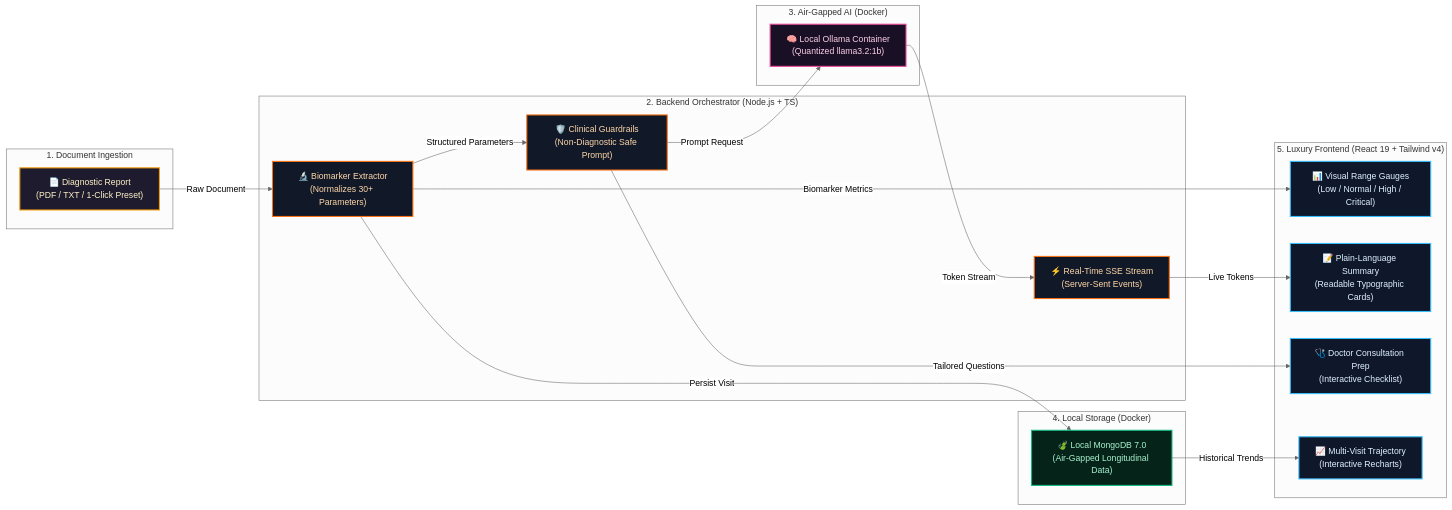
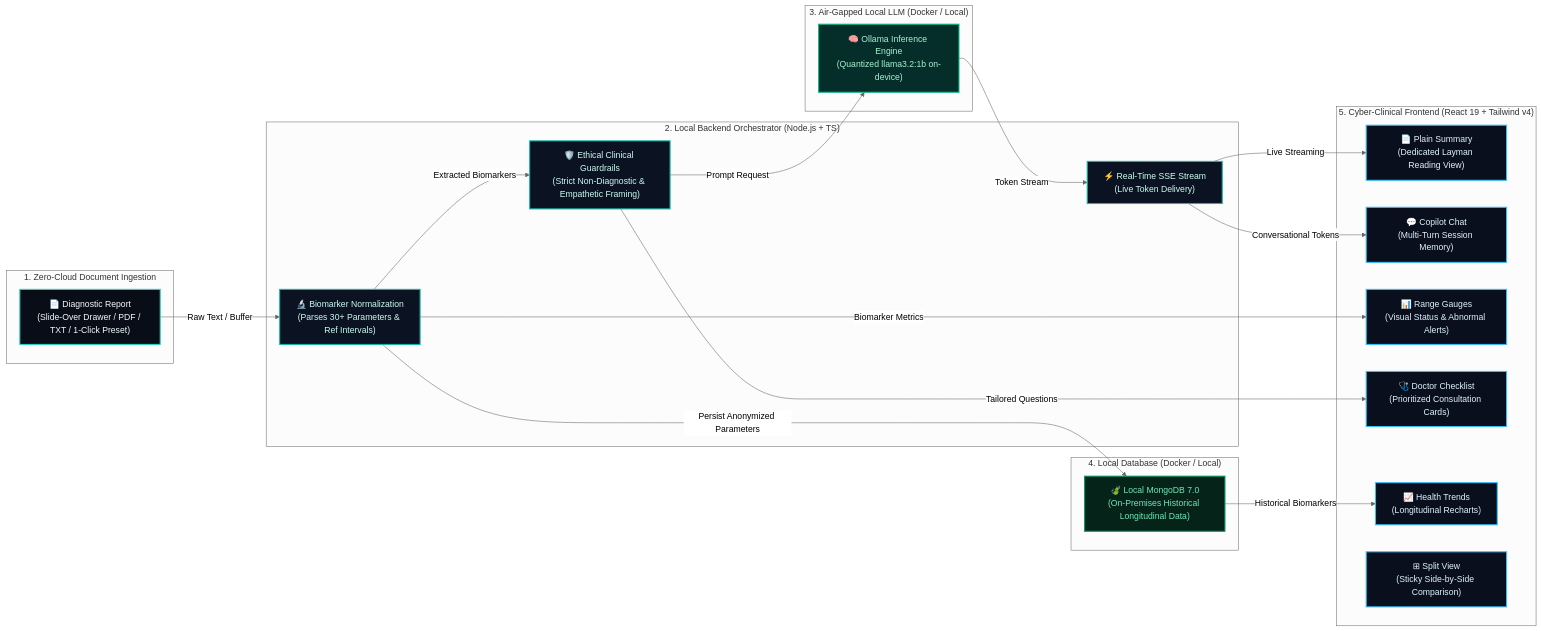
Before and after one commit to prabhattopi/arogyasutra: the diagram in README.md, drawn with Mermaid (neutral theme). The commit also changed other lines of this file and 7 other files, not shown here.

````diff
--- a/README.md
+++ b/README.md
@@ -39,43 +42,46 @@
 ```mermaid
 flowchart LR
-    classDef input fill:#1e1b2e,stroke:#f59e0b,stroke-width:2px,color:#fef3c7;
-    classDef backend fill:#111827,stroke:#f97316,stroke-width:2px,color:#fed7aa;
-    classDef ai fill:#1a1025,stroke:#ec4899,stroke-width:2px,color:#fbcfe8;
-    classDef db fill:#062319,stroke:#10b981,stroke-width:2px,color:#a7f3d0;
-    classDef ui fill:#0f172a,stroke:#38bdf8,stroke-width:2px,color:#e0f2fe;
+    classDef input fill:#080d18,stroke:#2dd4bf,stroke-width:2px,color:#f0fdfa;
+    classDef backend fill:#0b1322,stroke:#14b8a6,stroke-width:2px,color:#ccfbf1;
+    classDef ai fill:#052e2b,stroke:#10b981,stroke-width:2px,color:#a7f3d0;
+    classDef db fill:#062319,stroke:#059669,stroke-width:2px,color:#6ee7b7;
+    classDef ui fill:#090f1d,stroke:#38bdf8,stroke-width:2px,color:#e0f2fe;
 
-    subgraph STEP1 ["1. Document Ingestion"]
-        PDF["📄 Diagnostic Report<br/>(PDF / TXT / 1-Click Preset)"]:::input
+    subgraph STEP1 ["1. Zero-Cloud Document Ingestion"]
+        PDF["📄 Diagnostic Report<br/>(Slide-Over Drawer / PDF / TXT / 1-Click Preset)"]:::input
     end
 
-    subgraph STEP2 ["2. Backend Orchestrator (Node.js + TS)"]
-        Extractor["🔬 Biomarker Extractor<br/>(Normalizes 30+ Parameters)"]:::backend
-        Guardrails["🛡️ Clinical Guardrails<br/>(Non-Diagnostic Safe Prompt)"]:::backend
-        SSE["⚡ Real-Time SSE Stream<br/>(Server-Sent Events)"]:::backend
+    subgraph STEP2 ["2. Local Backend Orchestrator (Node.js + TS)"]
+        Extractor["🔬 Biomarker Normalization<br/>(Parses 30+ Parameters & Ref Intervals)"]:::backend
+        Guardrails["🛡️ Ethical Clinical Guardrails<br/>(Strict Non-Diagnostic & Empathetic Framing)"]:::backend
+        SSE["⚡ Real-Time SSE Stream<br/>(Live Token Delivery)"]:::backend
     end
 
-    subgraph STEP3 ["3. Air-Gapped AI (Docker)"]
-        Ollama["🧠 Local Ollama Container<br/>(Quantized llama3.2:1b)"]:::ai
+    subgraph STEP3 ["3. Air-Gapped Local LLM (Docker / Local)"]
+        Ollama["🧠 Ollama Inference Engine<br/>(Quantized llama3.2:1b on-device)"]:::ai
     end
 
-    subgraph STEP4 ["4. Local Storage (Docker)"]
-        Mongo["🍃 Local MongoDB 7.0<br/>(Air-Gapped Longitudinal Data)"]:::db
+    subgraph STEP4 ["4. Local Database (Docker / Local)"]
+        Mongo["🍃 Local MongoDB 7.0<br/>(On-Premises Historical Longitudinal Data)"]:::db
     end
 
-    subgraph STEP5 ["5. Luxury Frontend (React 19 + Tailwind v4)"]
-        Gauges["📊 Visual Range Gauges<br/>(Low / Normal / High / Critical)"]:::ui
-        Explanation["📝 Plain-Language Summary<br/>(Readable Typographic Cards)"]:::ui
-        Questions["🩺 Doctor Consultation Prep<br/>(Interactive Checklist)"]:::ui
-        Trends["📈 Multi-Visit Trajectory<br/>(Interactive Recharts)"]:::ui
+    subgraph STEP5 ["5. Cyber-Clinical Frontend (React 19 + Tailwind v4)"]
+        Summary["📄 Plain Summary<br/>(Dedicated Layman Reading View)"]:::ui
+        Chat["💬 Copilot Chat<br/>(Multi-Turn Session Memory)"]:::ui
+        Gauges["📊 Range Gauges<br/>(Visual Status & Abnormal Alerts)"]:::ui
+        Questions["🩺 Doctor Checklist<br/>(Prioritized Consultation Cards)"]:::ui
+        Trends["📈 Health Trends<br/>(Longitudinal Recharts)"]:::ui
+        Split["⊞ Split View<br/>(Sticky Side-by-Side Comparison)"]:::ui
     end
 
-    PDF -->|Raw Document| Extractor
-    Extractor -->|Structured Parameters| Guardrails
+    PDF -->|Raw Text / Buffer| Extractor
+    Extractor -->|Extracted Biomarkers| Guardrails
     Guardrails -->|Prompt Request| Ollama
     Ollama -->|Token Stream| SSE
-    SSE -->|Live Tokens| Explanation
+    SSE -->|Live Streaming| Summary
+    SSE -->|Conversational Tokens| Chat
     Extractor -->|Biomarker Metrics| Gauges
     Guardrails -->|Tailored Questions| Questions
-    Extractor -->|Persist Visit| Mongo
-    Mongo -->|Historical Trends| Trends
+    Extractor -->|Persist Anonymized Parameters| Mongo
+    Mongo -->|Historical Biomarkers| Trends
 ```
````
